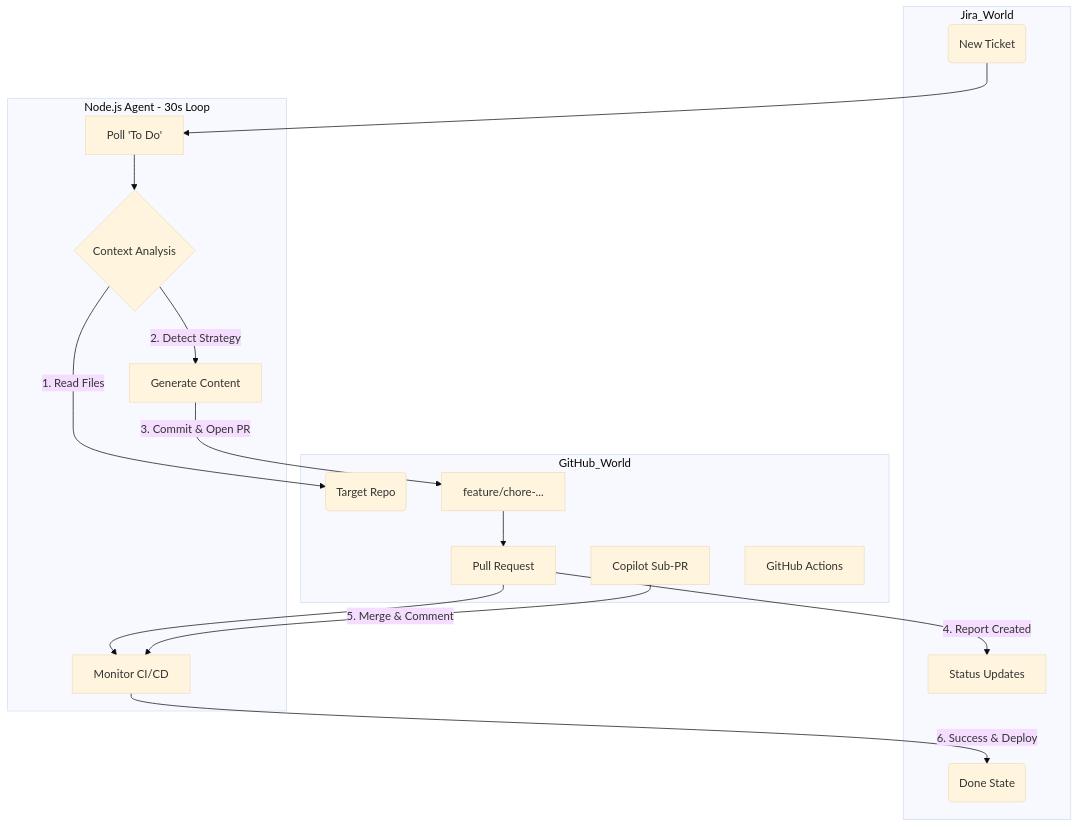
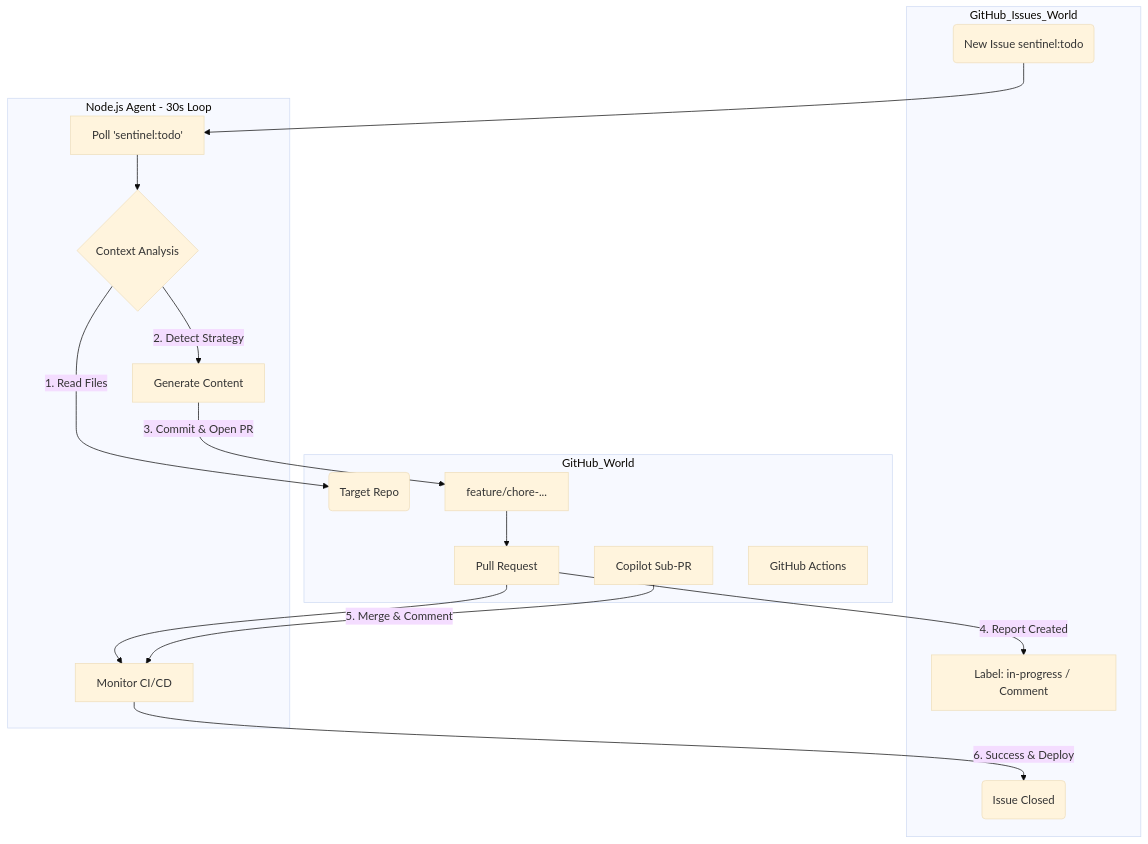
Before and after one commit to Unigalactix/SENTINEL: the diagram in docs/agents.md, drawn with Mermaid (base theme). The commit also changed other lines of this file and 11 other files, not shown here.

First line of the commit message:
Migrate Jira to GitHub Issues: add githubIssueService, update server/mcpServer/docs/workflow/config

````diff
--- a/docs/agents.md
+++ b/docs/agents.md
@@ -111,34 +111,34 @@
 ```mermaid
 flowchart TD
-    subgraph Jira_World
-        Ticket(New Ticket)
-        Updates[Status Updates]
-        Done(Done State)
+    subgraph GitHub_Issues_World
+        Ticket(New Issue sentinel:todo)
+        Updates[Label: in-progress / Comment]
+        Done(Issue Closed)
     end
 
     subgraph Sentinel_Engine [Node.js Agent - 30s Loop]
-        Poll[Poll 'To Do']
+        Poll[Poll 'sentinel:todo']
         Analyze{Context Analysis}
         Gen[Generate Content]
         Monitor[Monitor CI/CD]
     end
 
     subgraph GitHub_World
         Repo(Target Repo)
         Branch[feature/chore-...]
         PR[Pull Request]
         SubPR[Copilot Sub-PR]
         Action[GitHub Actions]
     end
 
     Ticket --> Poll
     Poll --> Analyze
     Analyze -- 1. Read Files --> Repo
     Analyze -- 2. Detect Strategy --> Gen
     Gen -- 3. Commit & Open PR --> Branch
     Branch --> PR
     PR -- 4. Report Created --> Updates
     PR --> Monitor
     SubPR -- 5. Merge & Comment --> Monitor
     Monitor -- 6. Success & Deploy --> Done
 ```
````
